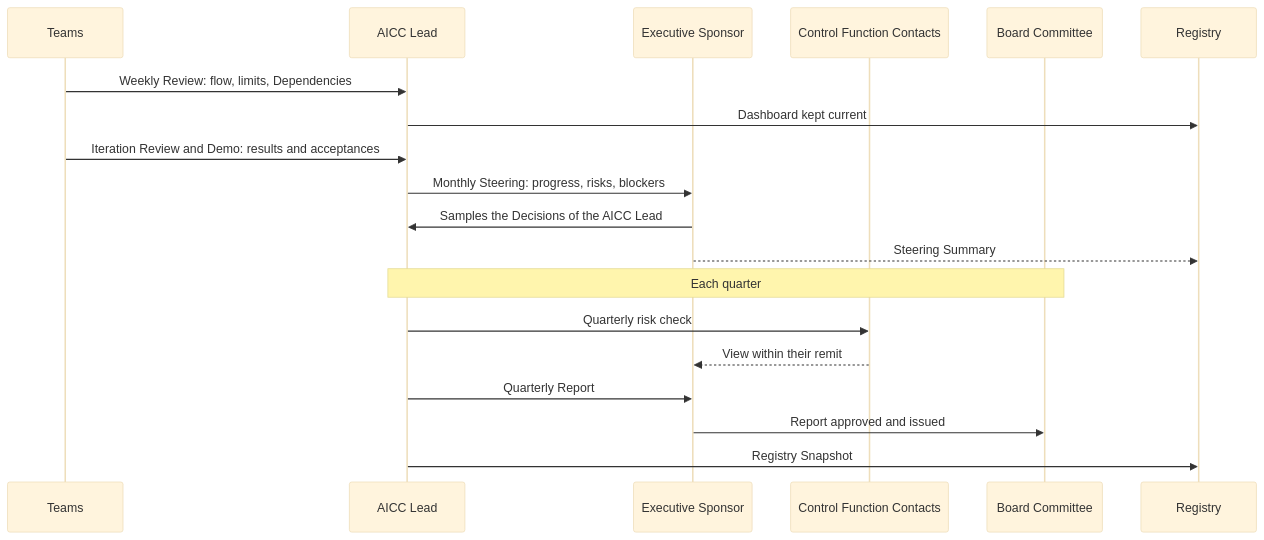
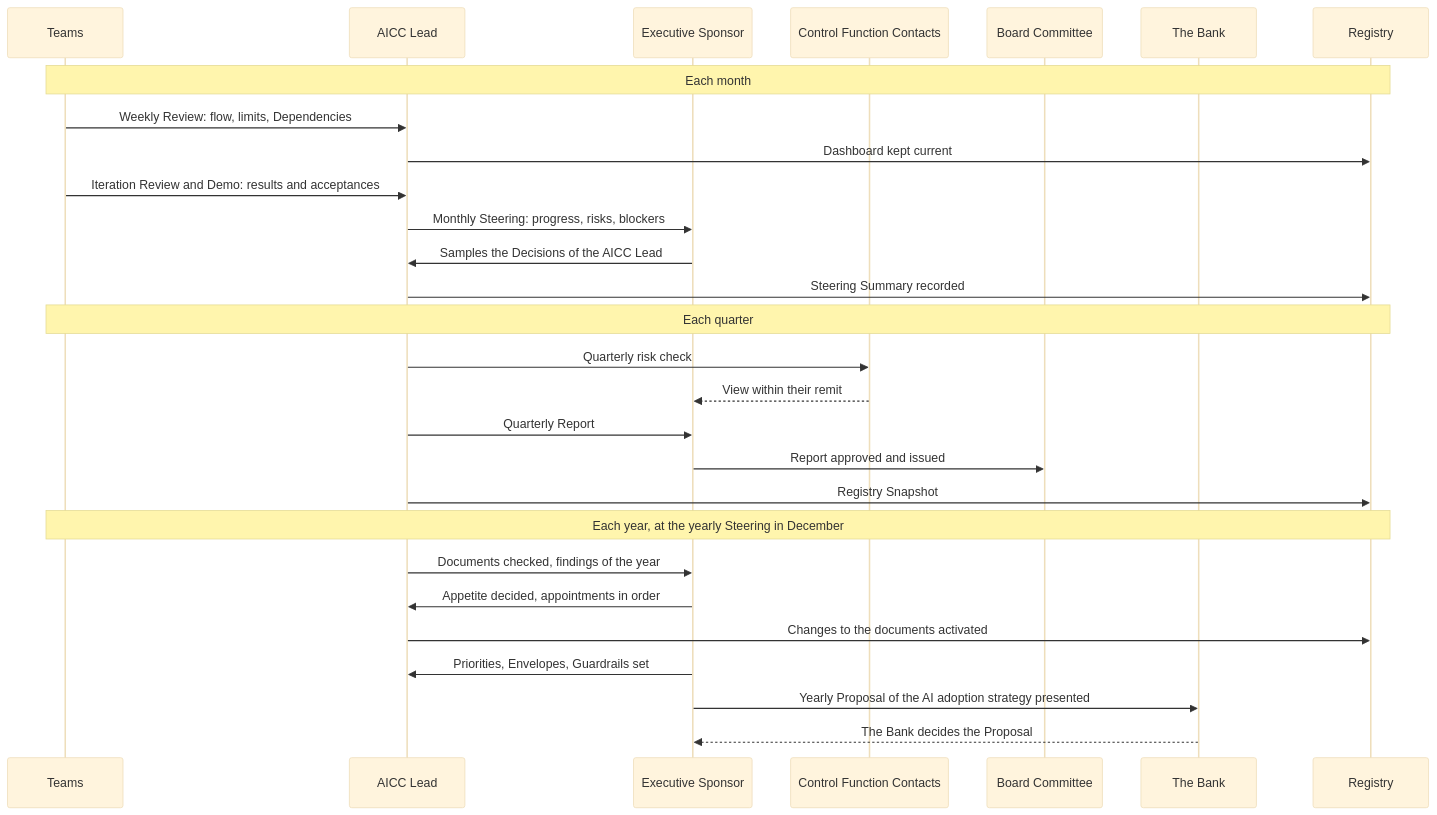
The third of 6 diagrams in charter/workflows/unit-governance.md (devhogu/ob-aicc), drawn with Mermaid (base theme) before and after one commit. The commit also changed other lines of this file and 200 other files, not shown here.

````diff
--- a/charter/workflows/unit-governance.md
+++ b/charter/workflows/unit-governance.md
@@ -29,21 +77,30 @@
 ```mermaid
 sequenceDiagram
   participant T as Teams
   participant L as AICC Lead
   participant ES as Executive Sponsor
   participant CF as Control Function Contacts
   participant BC as Board Committee
+  participant BK as The Bank
   participant R as Registry
+  Note over T,R: Each month
   T->>L: Weekly Review: flow, limits, Dependencies
   L->>R: Dashboard kept current
   T->>L: Iteration Review and Demo: results and acceptances
   L->>ES: Monthly Steering: progress, risks, blockers
   ES->>L: Samples the Decisions of the AICC Lead
-  ES-->>R: Steering Summary
-  Note over L,BC: Each quarter
+  L->>R: Steering Summary recorded
+  Note over T,R: Each quarter
   L->>CF: Quarterly risk check
   CF-->>ES: View within their remit
   L->>ES: Quarterly Report
   ES->>BC: Report approved and issued
   L->>R: Registry Snapshot
+  Note over T,R: Each year, at the yearly Steering in December
+  L->>ES: Documents checked, findings of the year
+  ES->>L: Appetite decided, appointments in order
+  L->>R: Changes to the documents activated
+  ES->>L: Priorities, Envelopes, Guardrails set
+  ES->>BK: Yearly Proposal of the AI adoption strategy presented
+  BK-->>ES: The Bank decides the Proposal
 ```
````
